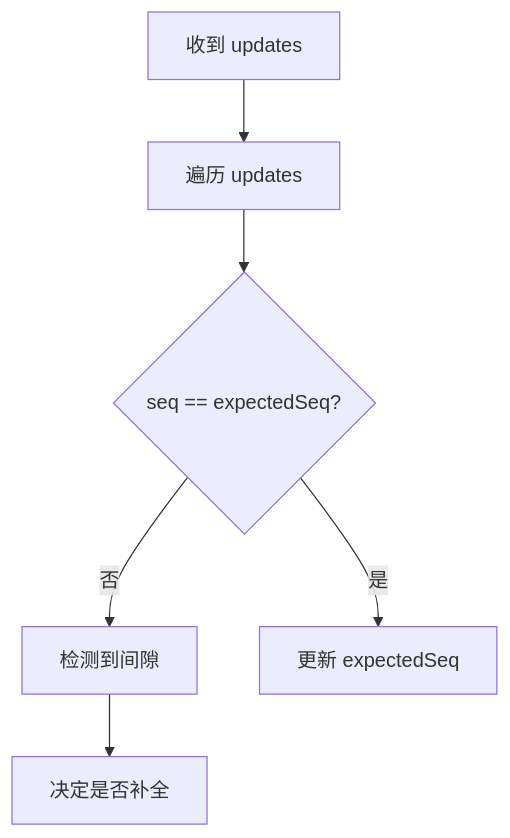
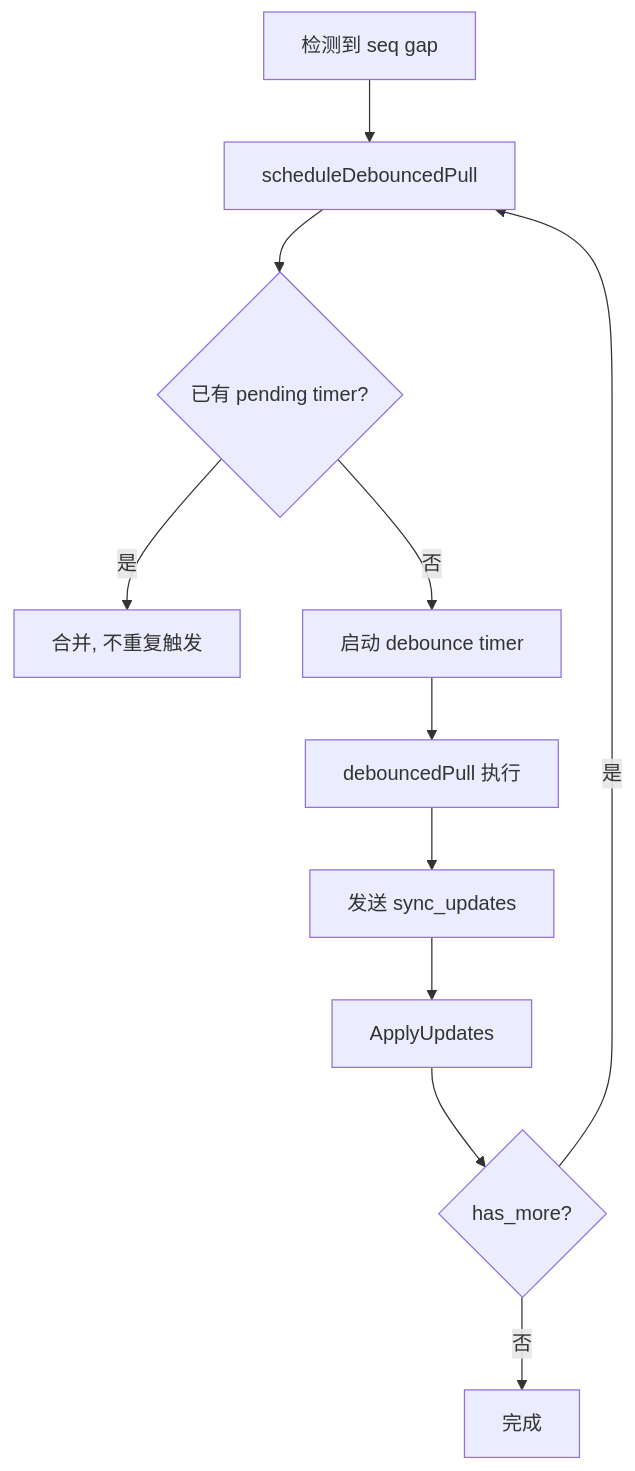
One commit to PineappleBond/xyncra-server changed the eighth of 12 diagrams in wiki/flows/sync-updates.md. Above: the diagram before and after it, drawn with Mermaid. The commit also changed other lines of this file and 21 other files, not shown here.

````diff
--- a/wiki/flows/sync-updates.md
+++ b/wiki/flows/sync-updates.md
@@ -252,8 +289,13 @@
 ```mermaid
 flowchart TD
-    A[收到 updates] --> B[遍历 updates]
-    B --> C{seq == expectedSeq?}
-    C -->|否| D[检测到间隙]
-    D --> E[决定是否补全]
-    C -->|是| F[更新 expectedSeq]
+    A[检测到 seq gap] --> B[scheduleDebouncedPull]
+    B --> C{已有 pending timer?}
+    C -->|是| D[合并, 不重复触发]
+    C -->|否| E[启动 debounce timer]
+    E --> F[debouncedPull 执行]
+    F --> G[发送 sync_updates]
+    G --> H[ApplyUpdates]
+    H --> I{has_more?}
+    I -->|是| B
+    I -->|否| J[完成]
 ```
````
